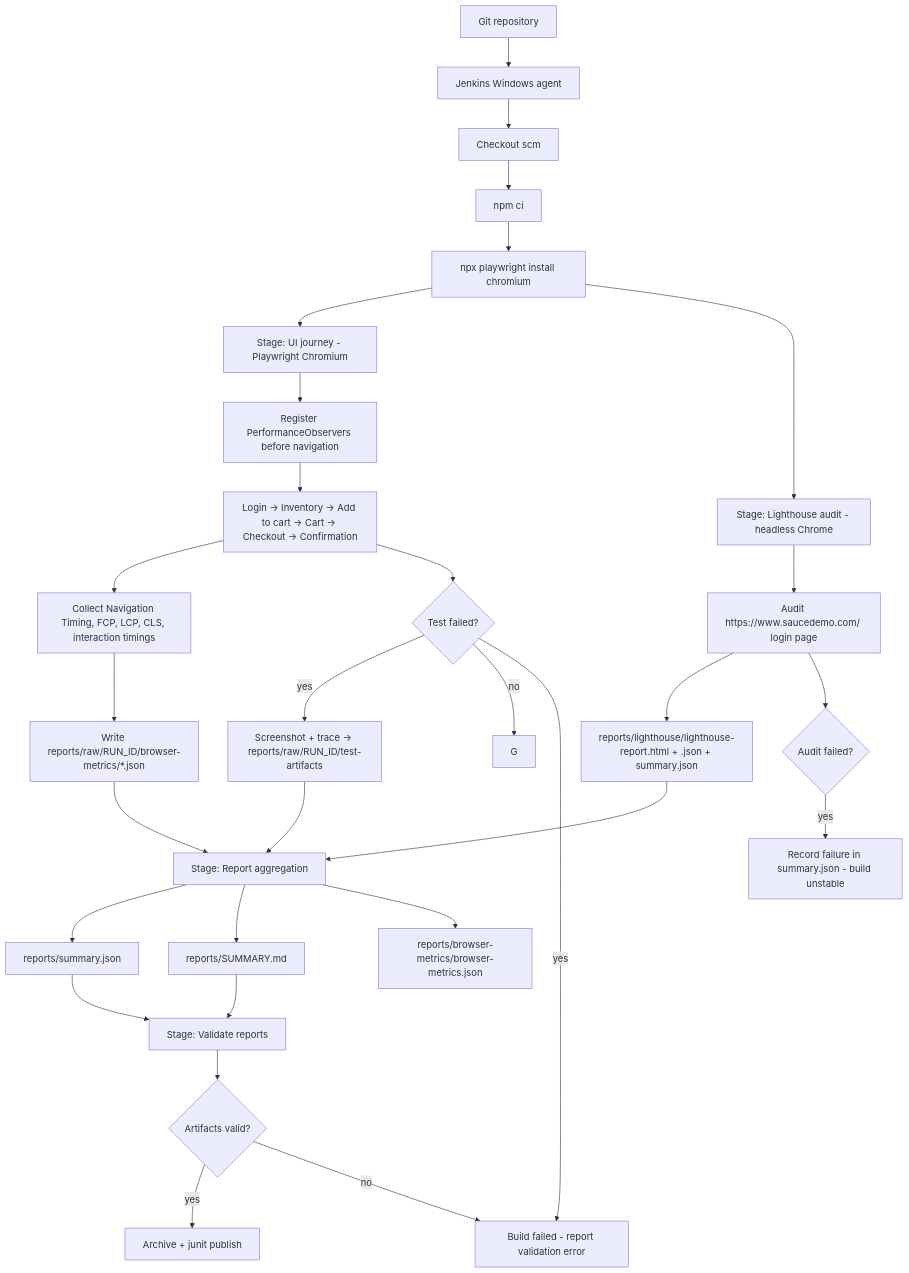
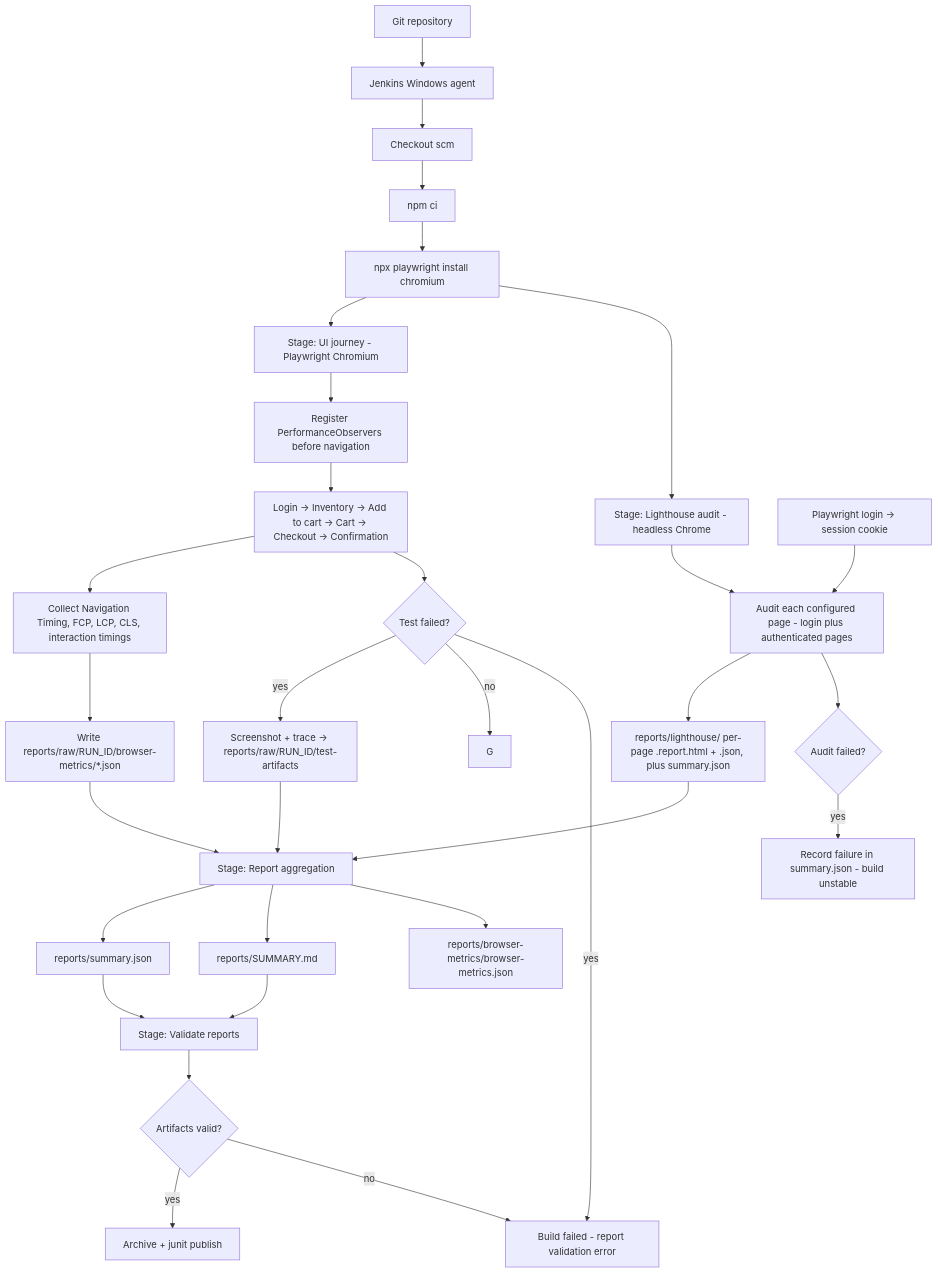
The diagram in docs/architecture.md (praveenkumarbharthi/ui-performance-poc), drawn with Mermaid before and after one commit. The commit also changed other lines of this file and 16 other files, not shown here.

````diff
--- a/docs/architecture.md
+++ b/docs/architecture.md
@@ -24,36 +24,37 @@
 ```mermaid
 flowchart TD
     A[Git repository] --> B[Jenkins Windows agent]
     B --> C[Checkout scm]
     C --> D[npm ci]
     D --> E[npx playwright install chromium]
 
     E --> F[Stage: UI journey - Playwright Chromium]
     F --> F1[Register PerformanceObservers before navigation]
     F1 --> F2[Login -> Inventory -> Add to cart -> Cart -> Checkout -> Confirmation]
     F2 --> F3[Collect Navigation Timing, FCP, LCP, CLS, interaction timings]
     F3 --> F4[Write reports/raw/RUN_ID/browser-metrics/*.json]
     F2 --> F5{Test failed?}
     F5 -- yes --> F6[Screenshot + trace -> reports/raw/RUN_ID/test-artifacts]
     F5 -- no --> G
 
     E --> H[Stage: Lighthouse audit - headless Chrome]
-    H --> H1[Audit https://www.saucedemo.com/ login page]
-    H1 --> H2[reports/lighthouse/lighthouse-report.html + .json + summary.json]
+    H --> H1[Audit each configured page - login plus authenticated pages]
+    H01[Playwright login -> session cookie] --> H1
+    H1 --> H2[reports/lighthouse/ per-page .report.html + .json, plus summary.json]
     H1 --> H3{Audit failed?}
     H3 -- yes --> H4[Record failure in summary.json - build unstable]
 
     F4 --> I[Stage: Report aggregation]
     H2 --> I
     F6 --> I
     I --> I1[reports/summary.json]
     I --> I2[reports/SUMMARY.md]
     I --> I3[reports/browser-metrics/browser-metrics.json]
     I1 --> J[Stage: Validate reports]
     I2 --> J
     J --> K{Artifacts valid?}
     K -- yes --> L[Archive + junit publish]
     K -- no --> M[Build failed - report validation error]
 
     F5 -- yes --> M
 ```
````
